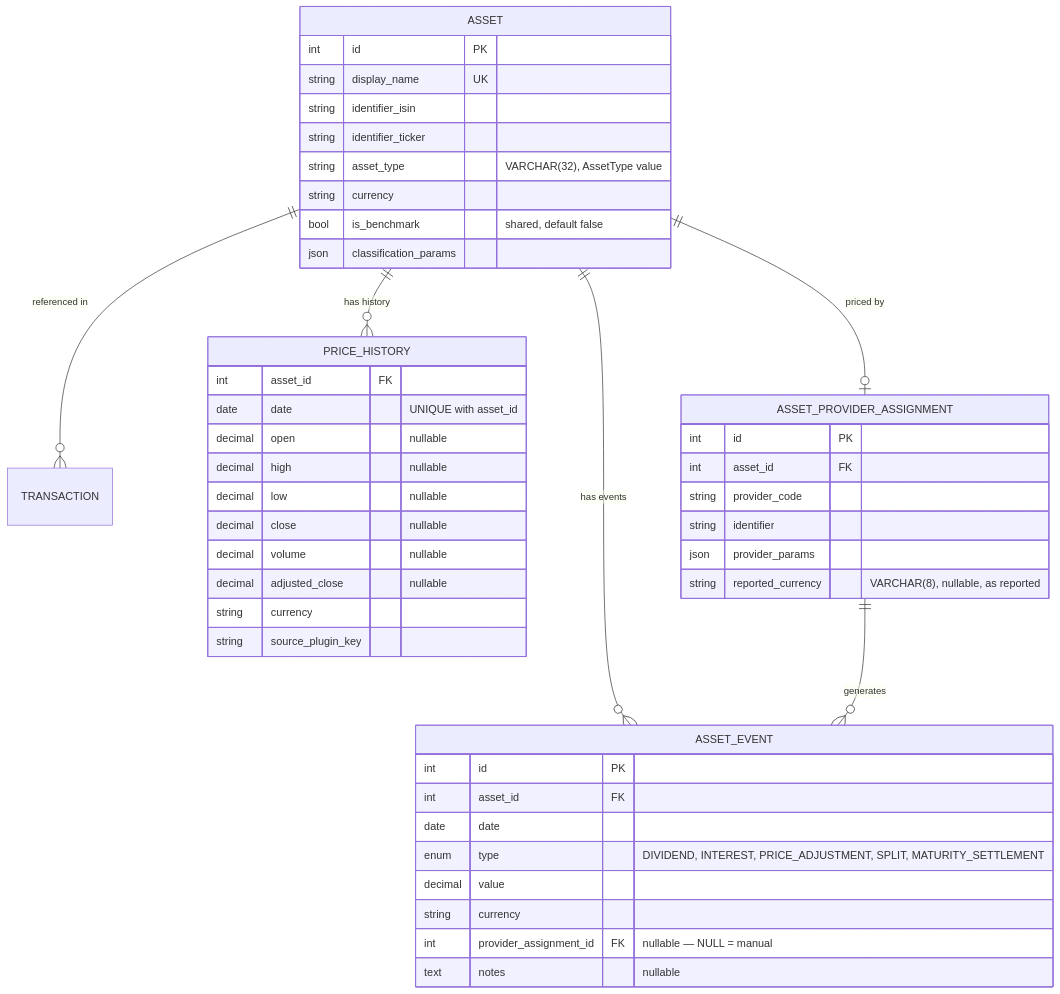
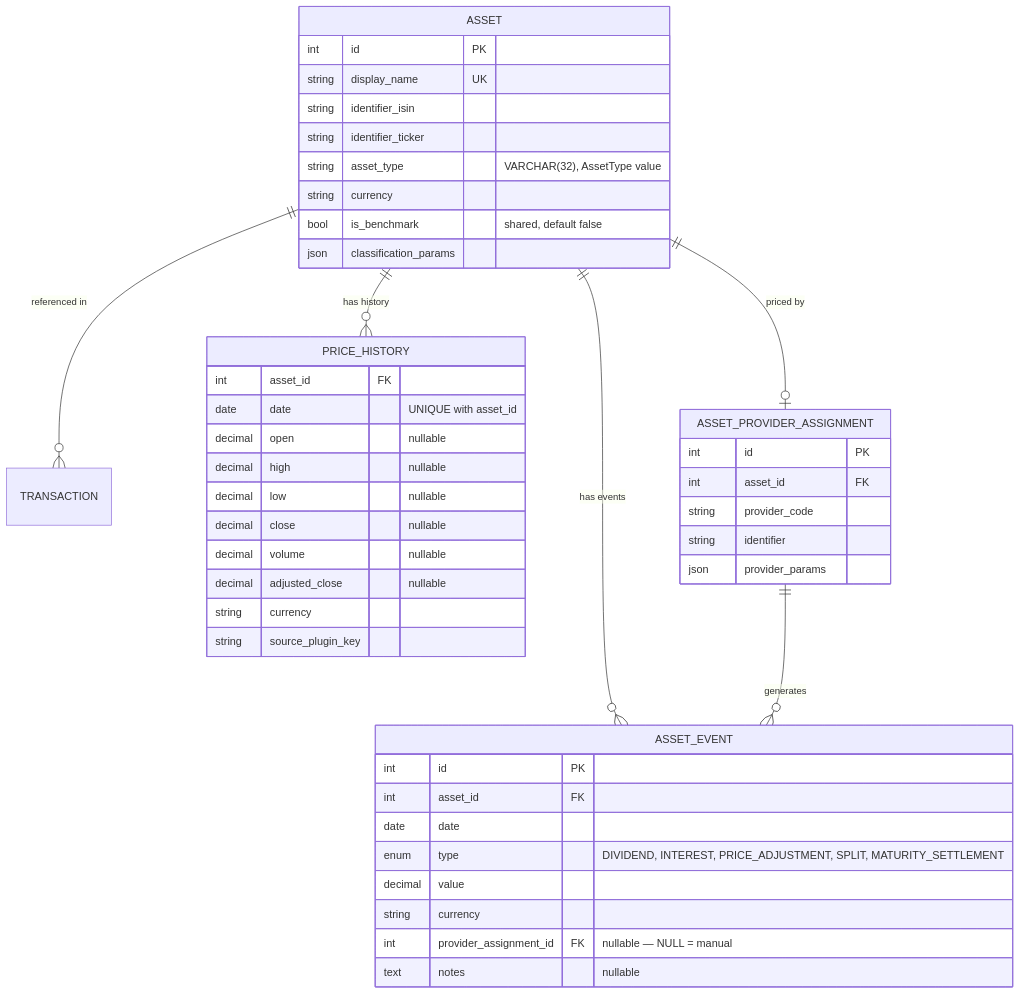
One commit to Librefolio/LibreFolio changed the diagram in mkdocs_src/docs/developer/architecture/database/assets_pricing.md. Above: the diagram before and after it, drawn with Mermaid. The commit also changed other lines of this file and 25 other files, not shown here.

````diff
--- a/mkdocs_src/docs/developer/architecture/database/assets_pricing.md
+++ b/mkdocs_src/docs/developer/architecture/database/assets_pricing.md
@@ -7,52 +7,51 @@
 ```mermaid
 erDiagram
     ASSET ||--o{ TRANSACTION : "referenced in"
     ASSET ||--o{ PRICE_HISTORY : "has history"
     ASSET ||--o| ASSET_PROVIDER_ASSIGNMENT : "priced by"
     ASSET ||--o{ ASSET_EVENT : "has events"
     ASSET_PROVIDER_ASSIGNMENT ||--o{ ASSET_EVENT : "generates"
 
     ASSET {
         int id PK
         string display_name UK
         string identifier_isin
         string identifier_ticker
         string asset_type "VARCHAR(32), AssetType value"
         string currency
         bool is_benchmark "shared, default false"
         json classification_params
     }
 
     PRICE_HISTORY {
         int asset_id FK
         date date "UNIQUE with asset_id"
         decimal open "nullable"
         decimal high "nullable"
         decimal low "nullable"
         decimal close "nullable"
         decimal volume "nullable"
         decimal adjusted_close "nullable"
         string currency
         string source_plugin_key
     }
 
     ASSET_PROVIDER_ASSIGNMENT {
         int id PK
         int asset_id FK
         string provider_code
         string identifier
         json provider_params
-        string reported_currency "VARCHAR(8), nullable, as reported"
     }
 
     ASSET_EVENT {
         int id PK
         int asset_id FK
         date date
         enum type "DIVIDEND, INTEREST, PRICE_ADJUSTMENT, SPLIT, MATURITY_SETTLEMENT"
         decimal value
         string currency
         int provider_assignment_id FK "nullable — NULL = manual"
         text notes "nullable"
     }
 ```
````
